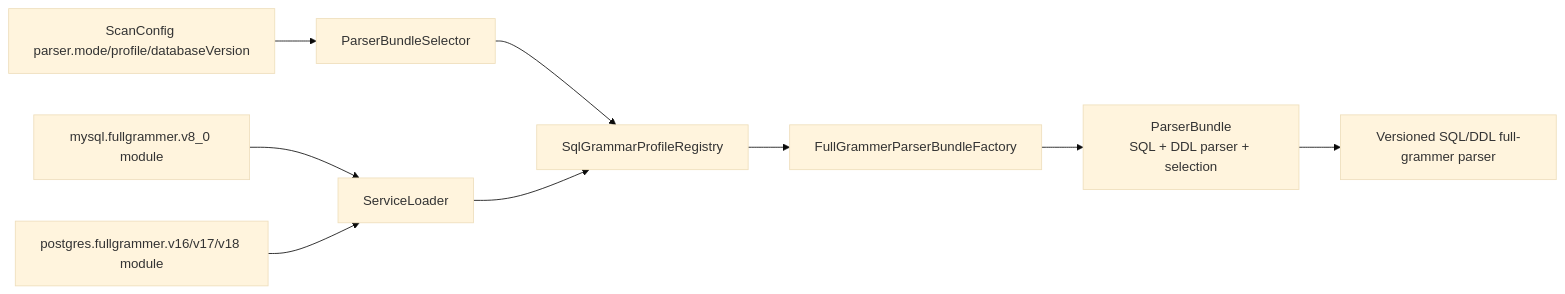
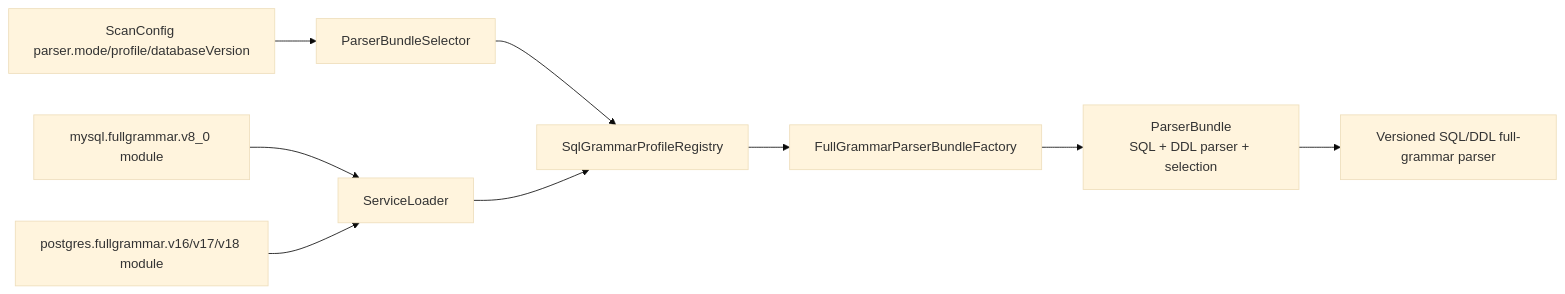
Before and after one commit to xiaoguang/relation-detector: the sixth of 7 diagrams in docs/design/relation-detector/phase-06-parser-enhancement.md, drawn with Mermaid (base theme). The commit also changed other lines of this file and 1716 other files, not shown here.

````diff
--- a/docs/design/relation-detector/phase-06-parser-enhancement.md
+++ b/docs/design/relation-detector/phase-06-parser-enhancement.md
@@ -487,21 +499,21 @@
 ```mermaid
 flowchart LR
   config["ScanConfig parser.mode/profile/databaseVersion"]
   registry["SqlGrammarProfileRegistry"]
-  loader["ServiceLoader<FullGrammerDialectModule>"]
-  mysql["mysql.fullgrammer.v8_0 module"]
-  pg["postgres.fullgrammer.v16/v17/v18 module"]
+  loader["ServiceLoader<FullGrammarDialectModule>"]
+  mysql["mysql.fullgrammar.v8_0 module"]
+  pg["postgres.fullgrammar.v16/v17/v18 module"]
   selector["ParserBundleSelector"]
-  factory["FullGrammerParserBundleFactory"]
+  factory["FullGrammarParserBundleFactory"]
   bundle["ParserBundle\nSQL + DDL parser + selection"]
-  parser["Versioned SQL/DDL full-grammer parser"]
+  parser["Versioned SQL/DDL full-grammar parser"]
 
   config --> selector
   selector --> registry
   loader --> registry
   mysql --> loader
   pg --> loader
   registry --> factory
   factory --> bundle
   bundle --> parser
 ```
````
